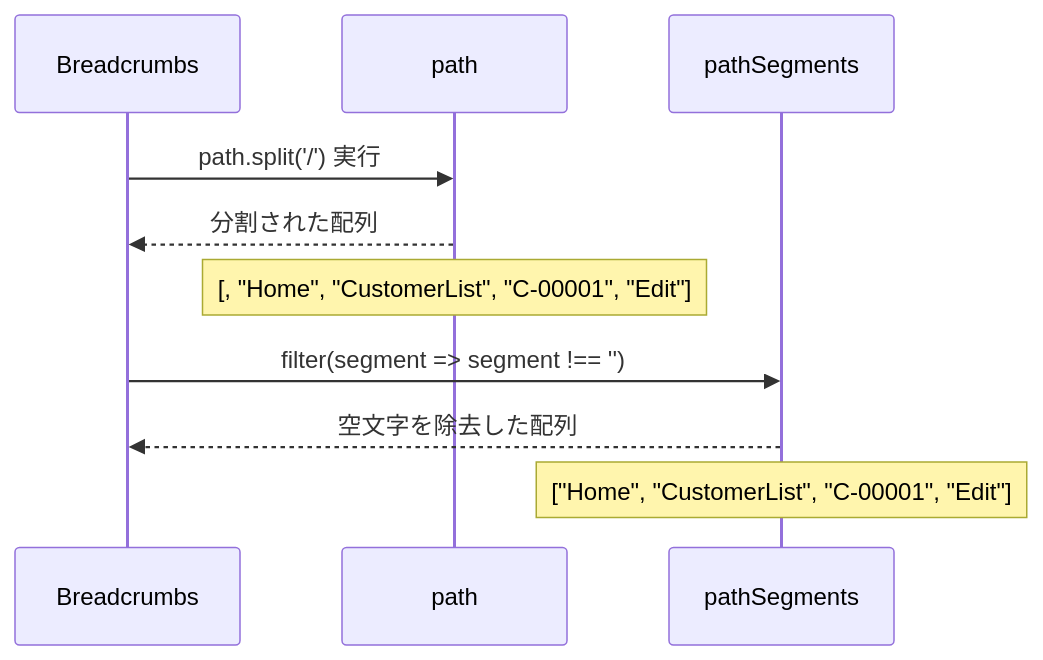
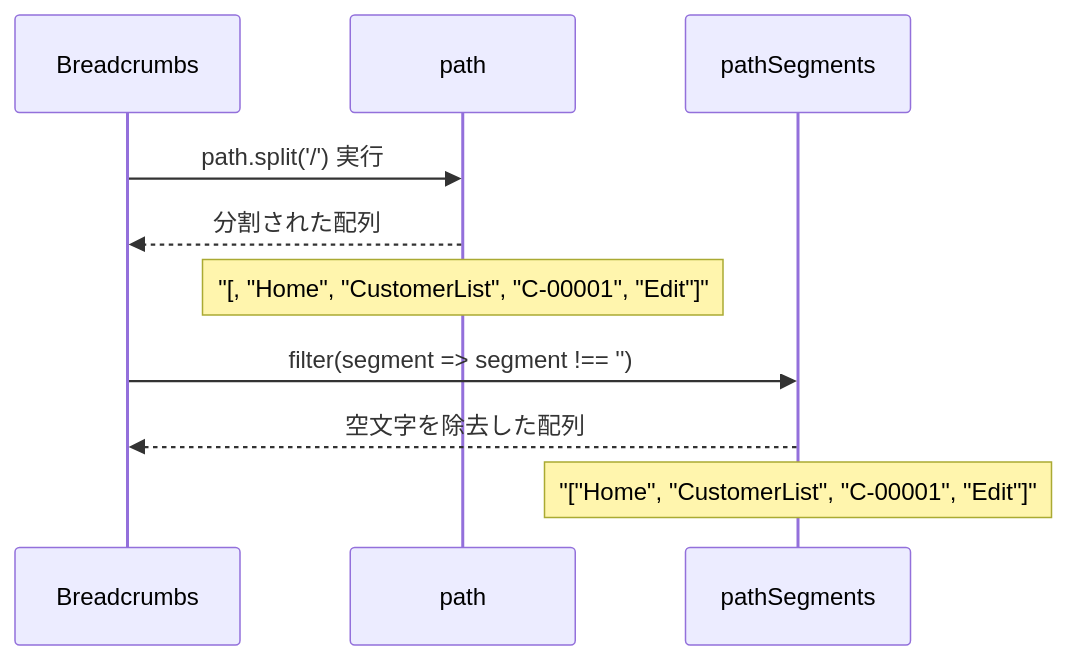
One commit to wasabi49/ocs-systemDevelopmentExercises changed the third of 9 diagrams in document/components/sequence/Breadcrumbs.md. Above: the diagram before and after it, drawn with Mermaid. The commit also changed other lines of this file and 42 other files, not shown here.

First line of the commit message:
fix: mermaidシーケンス図のNote over文でダブルクォーテーション不足を修正

````diff
--- a/document/components/sequence/Breadcrumbs.md
+++ b/document/components/sequence/Breadcrumbs.md
@@ -43,14 +43,14 @@
 ```mermaid
 sequenceDiagram
     participant Breadcrumbs as Breadcrumbs
     participant Path as path
     participant Segments as pathSegments
 
     Breadcrumbs->>Path: path.split('/') 実行
     Path-->>Breadcrumbs: 分割された配列
-    Note over Path: [, "Home", "CustomerList", "C-00001", "Edit"]
+    Note over Path: "[, "Home", "CustomerList", "C-00001", "Edit"]"
     
     Breadcrumbs->>Segments: filter(segment => segment !== '')
     Segments-->>Breadcrumbs: 空文字を除去した配列
-    Note over Segments: ["Home", "CustomerList", "C-00001", "Edit"]
+    Note over Segments: "["Home", "CustomerList", "C-00001", "Edit"]"
 ```
````
